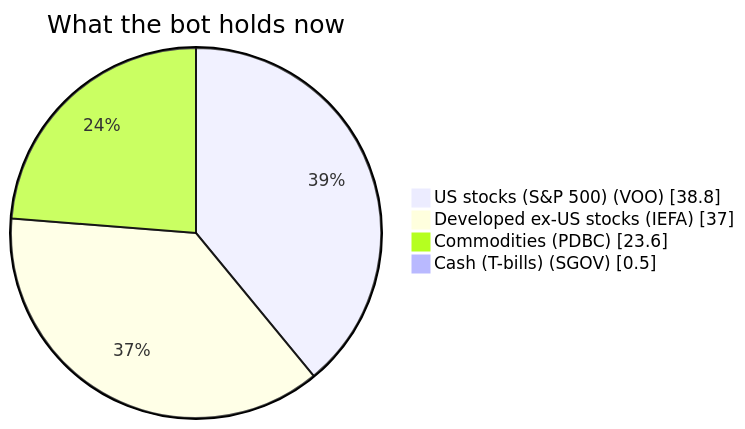
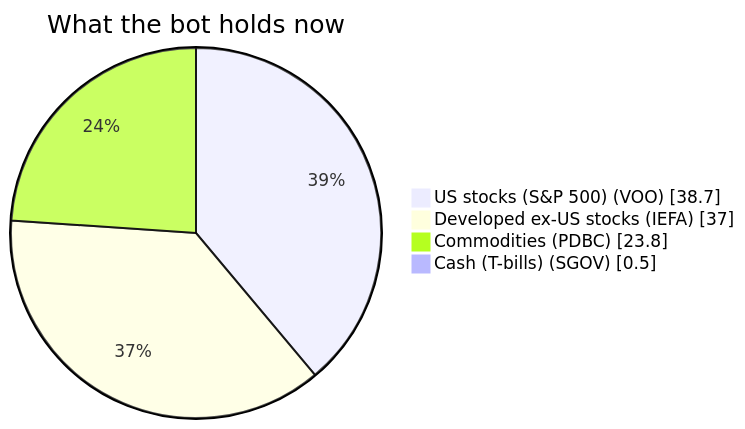
One commit to owlpowell50-creator/trading-bot changed the first of 2 diagrams in 00 - Bot Dashboard.md. Above: the diagram before and after it, drawn with Mermaid. The commit also changed other lines of this file and 13 other files, not shown here.

````diff
--- a/00 - Bot Dashboard.md
+++ b/00 - Bot Dashboard.md
@@ -43,7 +43,7 @@
 ```mermaid
 pie showData title What the bot holds now
-    "US stocks (S&P 500) (VOO)" : 38.8
+    "US stocks (S&P 500) (VOO)" : 38.7
     "Developed ex-US stocks (IEFA)" : 37.0
-    "Commodities (PDBC)" : 23.6
+    "Commodities (PDBC)" : 23.8
     "Cash (T-bills) (SGOV)" : 0.5
 ```
````
